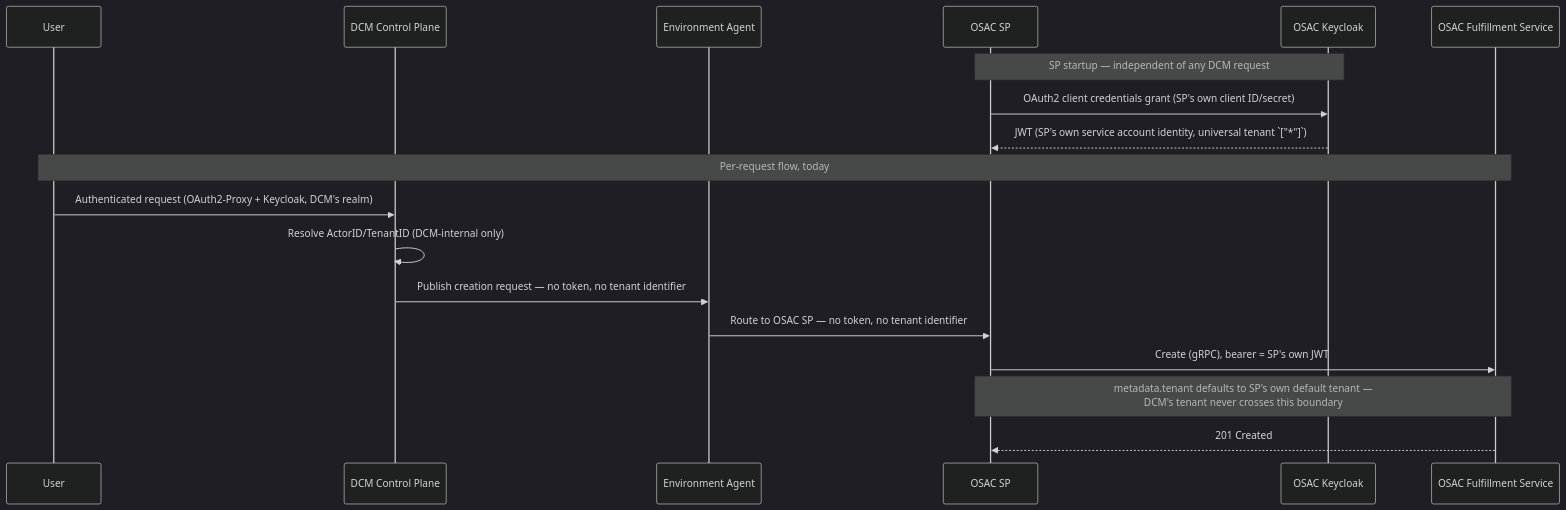
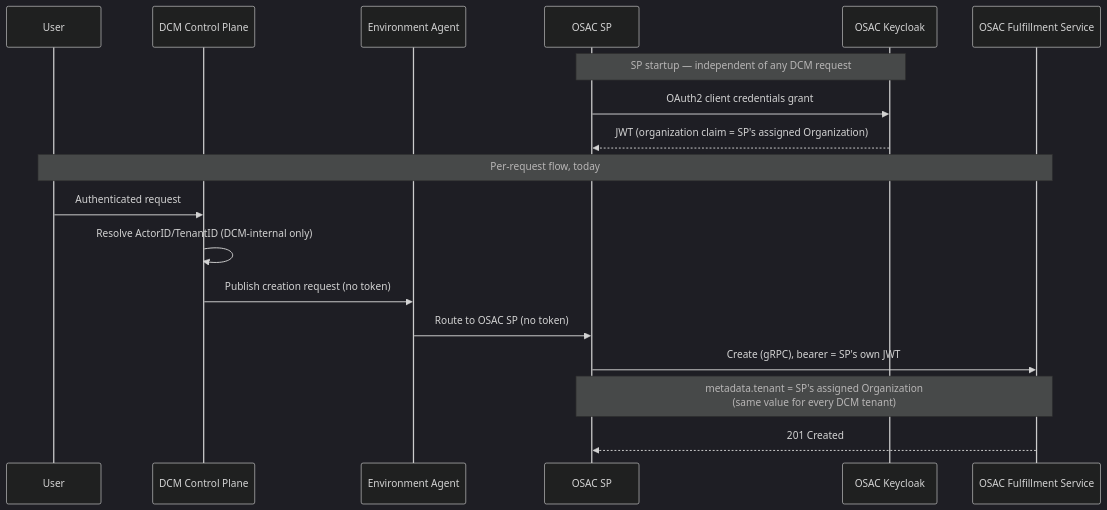
One commit to dcm-project/enhancements changed the first of 7 diagrams in enhancements/osac-sp/osac-sp.md. Above: the diagram before and after it, drawn with Mermaid (dark theme). The commit also changed other lines of this file and 1 other file, not shown here.

First line of the commit message:
osac-sp: scope v1 to single-tenant, add idempotent creation, address review feedback

````diff
--- a/enhancements/osac-sp/osac-sp.md
+++ b/enhancements/osac-sp/osac-sp.md
@@ -101,22 +139,22 @@
 ```mermaid
 sequenceDiagram
     participant User
     participant DCM as DCM Control Plane
     participant AG as Environment Agent
     participant SP as OSAC SP
     participant KC as OSAC Keycloak
     participant FS as OSAC Fulfillment Service
 
     Note over SP,KC: SP startup — independent of any DCM request
-    SP->>KC: OAuth2 client credentials grant (SP's own client ID/secret)
-    KC-->>SP: JWT (SP's own service account identity, universal tenant `["*"]`)
+    SP->>KC: OAuth2 client credentials grant
+    KC-->>SP: JWT (organization claim = SP's assigned Organization)
 
     Note over User,FS: Per-request flow, today
-    User->>DCM: Authenticated request (OAuth2-Proxy + Keycloak, DCM's realm)
+    User->>DCM: Authenticated request
     DCM->>DCM: Resolve ActorID/TenantID (DCM-internal only)
-    DCM->>AG: Publish creation request — no token, no tenant identifier
-    AG->>SP: Route to OSAC SP — no token, no tenant identifier
+    DCM->>AG: Publish creation request (no token)
+    AG->>SP: Route to OSAC SP (no token)
     SP->>FS: Create (gRPC), bearer = SP's own JWT
-    Note over SP,FS: metadata.tenant defaults to SP's own default tenant —<br/>DCM's tenant never crosses this boundary
+    Note over SP,FS: metadata.tenant = SP's assigned Organization<br/>(same value for every DCM tenant)
     FS-->>SP: 201 Created
 ```
````
